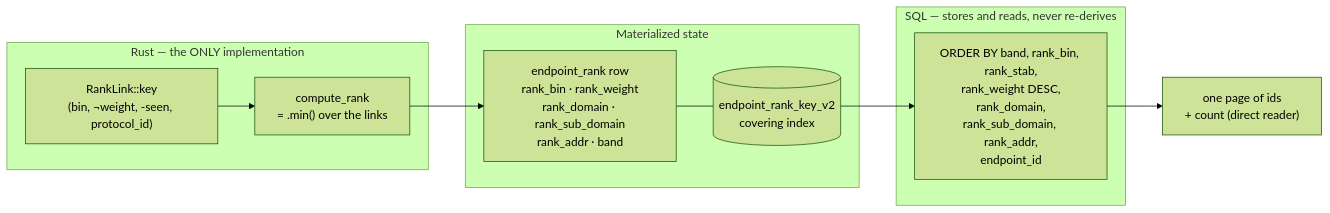
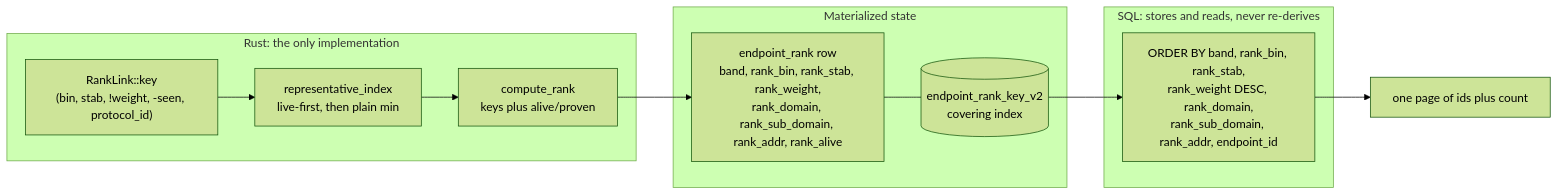
One commit to SaelKimberly/leas changed the second of 2 diagrams in docs/reference/ordering-law.md. Above: the diagram before and after it, drawn with Mermaid (forest theme). The commit also changed other lines of this file and 40 other files, not shown here.

First line of the commit message:
docs: give every fact one owning page across architecture, reference and guides

````diff
--- a/docs/reference/ordering-law.md
+++ b/docs/reference/ordering-law.md
@@ -221,19 +218,20 @@
 ```mermaid
 flowchart LR
-    subgraph L["Rust — the ONLY implementation"]
-      LAW["RankLink::key<br/>(bin, ¬weight, -seen, protocol_id)"]
-      CR["compute_rank<br/>= .min() over the links"]
-      LAW --> CR
+    subgraph Rust["Rust: the only implementation"]
+      LAW["RankLink::key<br/>(bin, stab, !weight, -seen, protocol_id)"]
+      REP["representative_index<br/>live-first, then plain min"]
+      CR["compute_rank<br/>keys plus alive/proven"]
+      LAW --> REP --> CR
     end
-    subgraph M["Materialized state"]
-      ROW["endpoint_rank row<br/>rank_bin · rank_weight<br/>rank_domain · rank_sub_domain<br/>rank_addr · band"]
+    subgraph Store["Materialized state"]
+      ROW["endpoint_rank row<br/>band, rank_bin, rank_stab, rank_weight,<br/>rank_domain, rank_sub_domain, rank_addr, rank_alive"]
       IDX[("endpoint_rank_key_v2<br/>covering index")]
       ROW --- IDX
     end
-    subgraph S["SQL — stores and reads, never re-derives"]
-      ORD["ORDER BY band, rank_bin, rank_stab,<br/>rank_weight DESC,<br/>rank_domain,<br/>rank_sub_domain, rank_addr,<br/>endpoint_id"]
+    subgraph SQL["SQL: stores and reads, never re-derives"]
+      ORD["ORDER BY band, rank_bin, rank_stab,<br/>rank_weight DESC, rank_domain,<br/>rank_sub_domain, rank_addr, endpoint_id"]
     end
     CR --> ROW
     IDX --> ORD
-    ORD --> PAGE["one page of ids<br/>+ count (direct reader)"]
+    ORD --> PAGE["one page of ids plus count"]
 ```
````
